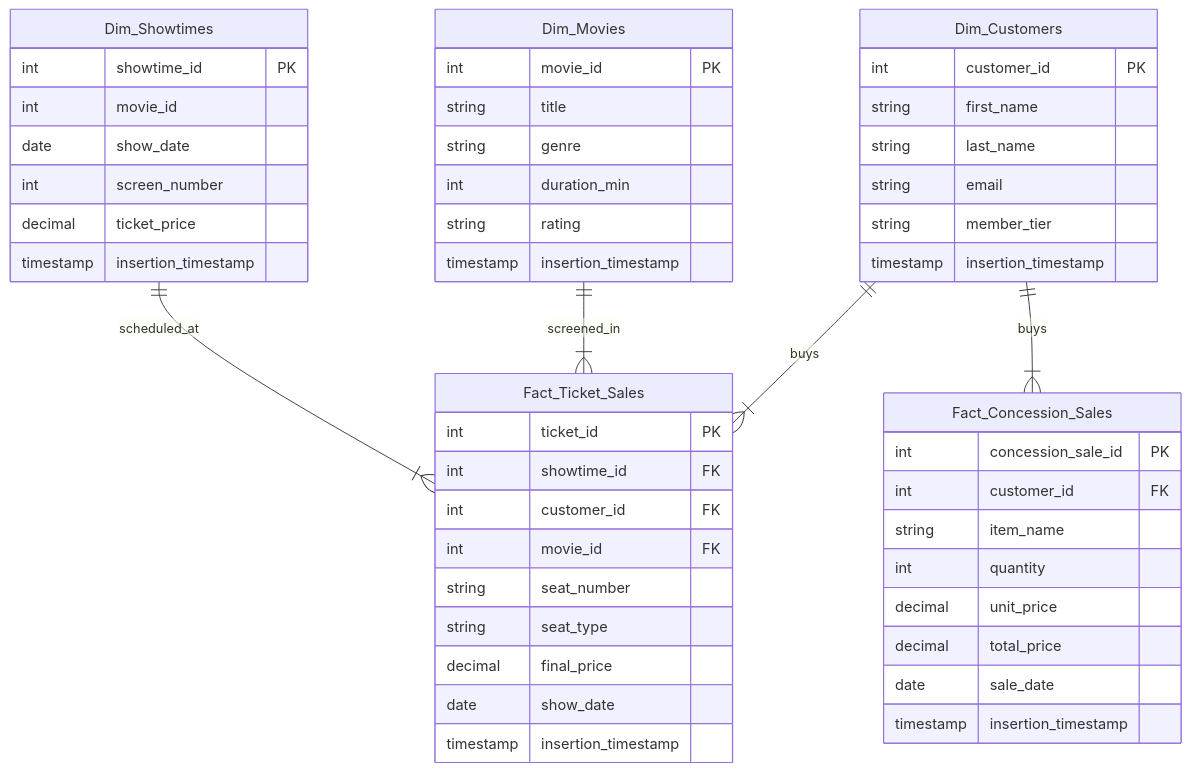
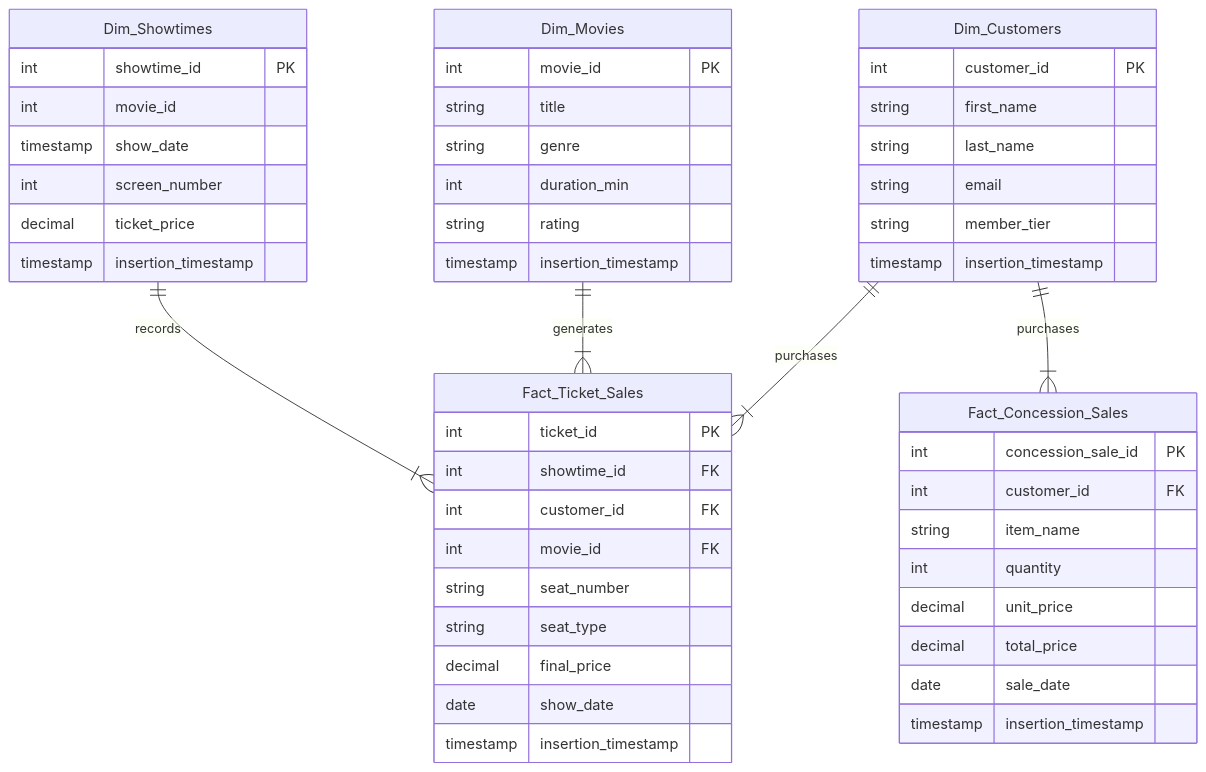
Before and after one commit to chonthicha-homprommaa/DW_Mini-Project: the diagram in docs/04_multidimensional_model.md, drawn with Mermaid.

Commit message:
Change show_date type to timestamp and update relationships

````diff
--- a/docs/04_multidimensional_model.md
+++ b/docs/04_multidimensional_model.md
@@ -51,58 +51,58 @@
 ```mermaid
 erDiagram
     Fact_Ticket_Sales {
         int ticket_id PK
         int showtime_id FK
         int customer_id FK
         int movie_id FK
         string seat_number
         string seat_type
         decimal final_price
         date show_date
         timestamp insertion_timestamp
     }
 
     Fact_Concession_Sales {
         int concession_sale_id PK
         int customer_id FK
         string item_name
         int quantity
         decimal unit_price
         decimal total_price
         date sale_date
         timestamp insertion_timestamp
     }
 
     Dim_Customers {
         int customer_id PK
         string first_name
         string last_name
         string email
         string member_tier
         timestamp insertion_timestamp
     }
 
     Dim_Movies {
         int movie_id PK
         string title
         string genre
         int duration_min
         string rating
         timestamp insertion_timestamp
     }
 
     Dim_Showtimes {
         int showtime_id PK
         int movie_id
-        date show_date
+        timestamp show_date
         int screen_number
         decimal ticket_price
         timestamp insertion_timestamp
     }
 
-    Dim_Customers ||--|{ Fact_Ticket_Sales : "buys"
-    Dim_Movies ||--|{ Fact_Ticket_Sales : "screened_in"
-    Dim_Showtimes ||--|{ Fact_Ticket_Sales : "scheduled_at"
+    Dim_Customers ||--|{ Fact_Ticket_Sales : "purchases"
+    Dim_Movies ||--|{ Fact_Ticket_Sales : "generates"
+    Dim_Showtimes ||--|{ Fact_Ticket_Sales : "records"
 
-    Dim_Customers ||--|{ Fact_Concession_Sales : "buys"
+    Dim_Customers ||--|{ Fact_Concession_Sales : "purchases"
 ```
````
